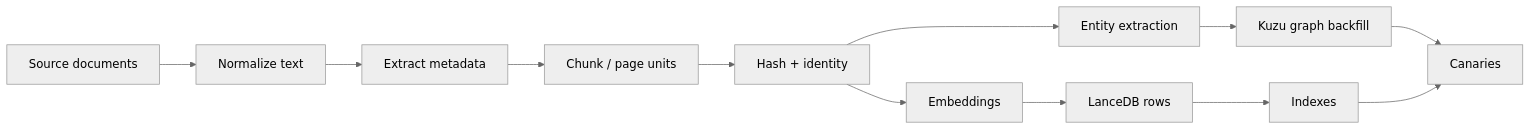
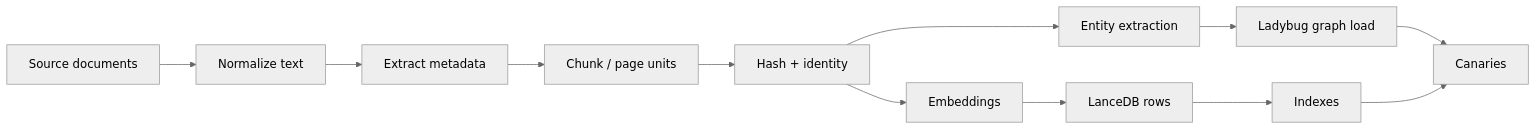
One commit to ipccheng/NX-Shield-RAG changed the diagram in docs/build/ingestion-and-corpus.md. Above: the diagram before and after it, drawn with Mermaid (neutral theme). The commit also changed other lines of this file and 15 other files, not shown here.

Commit message:
docs: align public RAG architecture with live design

````diff
--- a/docs/build/ingestion-and-corpus.md
+++ b/docs/build/ingestion-and-corpus.md
@@ -23,14 +23,14 @@
 ```mermaid
 flowchart LR
   S[Source documents] --> N[Normalize text]
   N --> M[Extract metadata]
   M --> C[Chunk / page units]
   C --> H[Hash + identity]
   H --> E[Embeddings]
   H --> X[Entity extraction]
   E --> L[LanceDB rows]
-  X --> K[Kuzu graph backfill]
+  X --> G[Ladybug graph load]
   L --> I[Indexes]
-  K --> V[Canaries]
+  G --> V[Canaries]
   I --> V
 ```
````
